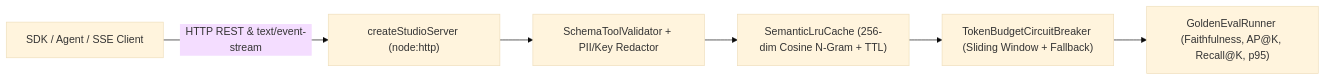
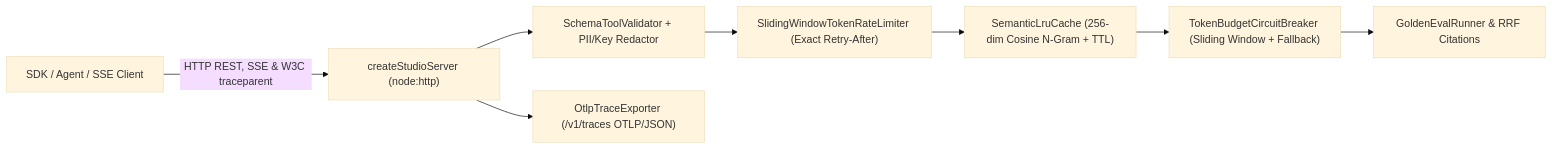
The diagram in README.md (nahianakhtar/fullstack-rag-eval-studio), drawn with Mermaid (base theme) before and after one commit. The commit also changed other lines of this file and 9 other files, not shown here.

````diff
--- a/README.md
+++ b/README.md
@@ -14,8 +14,10 @@
 ```mermaid
 flowchart LR
-    Client["SDK / Agent / SSE Client"] -->|"HTTP REST & text/event-stream"| Studio["createStudioServer (node:http)"]
+    Client["SDK / Agent / SSE Client"] -->|"HTTP REST, SSE & W3C traceparent"| Studio["createStudioServer (node:http)"]
     Studio --> Guard["SchemaToolValidator + PII/Key Redactor"]
-    Guard --> Cache["SemanticLruCache (256-dim Cosine N-Gram + TTL)"]
+    Guard --> Limiter["SlidingWindowTokenRateLimiter (Exact Retry-After)"]
+    Limiter --> Cache["SemanticLruCache (256-dim Cosine N-Gram + TTL)"]
     Cache --> Breaker["TokenBudgetCircuitBreaker (Sliding Window + Fallback)"]
-    Breaker --> Eval["GoldenEvalRunner (Faithfulness, AP@K, Recall@K, p95)"]
+    Breaker --> Eval["GoldenEvalRunner & RRF Citations"]
+    Studio --> Otlp["OtlpTraceExporter (/v1/traces OTLP/JSON)"]
 ```
````
